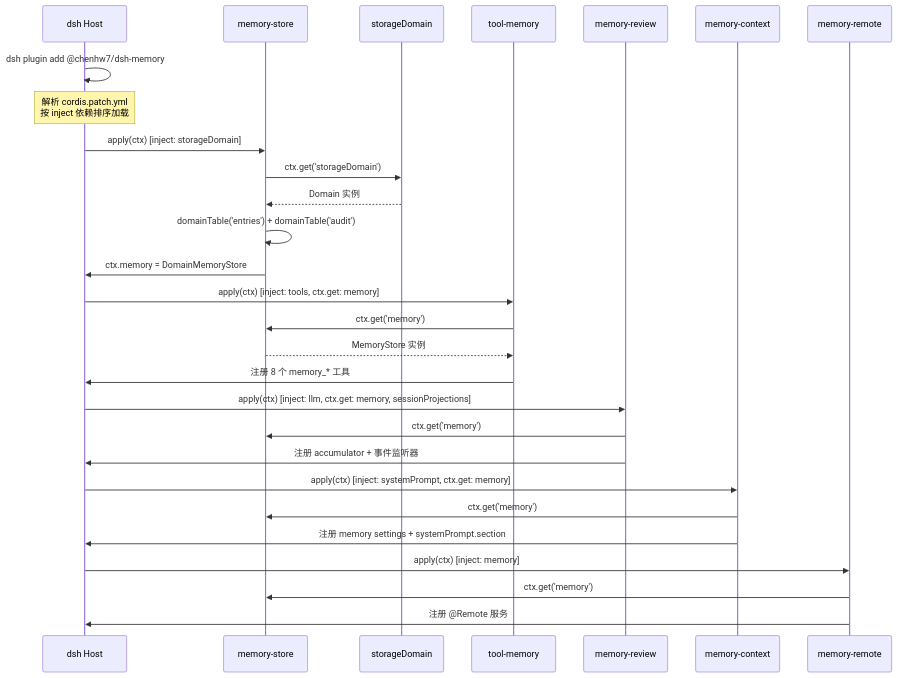
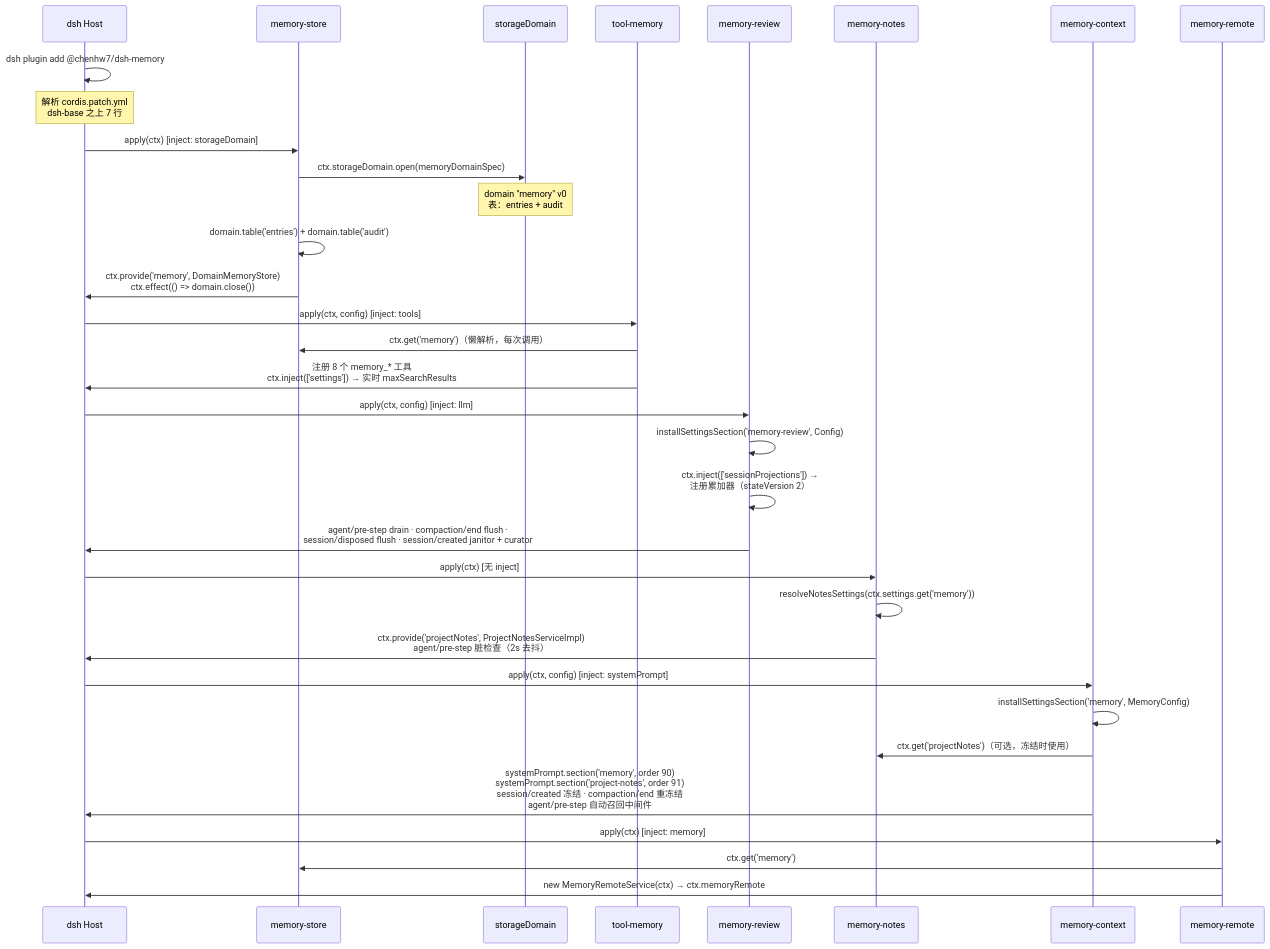
One commit to chenhw7/dsh-memory changed the first of 14 diagrams in docs/SEQUENCE_DIAGRAMS.zh-CN.md. Above: the diagram before and after it, drawn with Mermaid. The commit also changed other lines of this file and 5 other files, not shown here.

First line of the commit message:
docs: sync README / TECH_DESIGN / SEQUENCE_DIAGRAMS with the v0.3.0 implementation

````diff
--- a/docs/SEQUENCE_DIAGRAMS.zh-CN.md
+++ b/docs/SEQUENCE_DIAGRAMS.zh-CN.md
@@ -14,36 +14,42 @@
 ```mermaid
 sequenceDiagram
     participant Host as dsh Host
     participant Store as memory-store
     participant SD as storageDomain
     participant Tool as tool-memory
     participant Review as memory-review
+    participant Notes as memory-notes
     participant Context as memory-context
     participant Remote as memory-remote
 
     Host->>Host: dsh plugin add @chenhw7/dsh-memory
-    Note over Host: 解析 cordis.patch.yml<br/>按 inject 依赖排序加载
+    Note over Host: 解析 cordis.patch.yml<br/>dsh-base 之上 7 行
 
     Host->>Store: apply(ctx) [inject: storageDomain]
-    Store->>SD: ctx.get('storageDomain')
-    SD-->>Store: Domain 实例
-    Store->>Store: domainTable('entries') + domainTable('audit')
-    Store->>Host: ctx.memory = DomainMemoryStore
+    Store->>SD: ctx.storageDomain.open(memoryDomainSpec)
+    Note over SD: domain "memory" v0<br/>表：entries + audit
+    Store->>Store: domain.table('entries') + domain.table('audit')
+    Store->>Host: ctx.provide('memory', DomainMemoryStore)<br/>ctx.effect(() => domain.close())
 
-    Host->>Tool: apply(ctx) [inject: tools, ctx.get: memory]
-    Tool->>Store: ctx.get('memory')
-    Store-->>Tool: MemoryStore 实例
-    Tool->>Host: 注册 8 个 memory_* 工具
+    Host->>Tool: apply(ctx, config) [inject: tools]
+    Tool->>Store: ctx.get('memory')（懒解析，每次调用）
+    Tool->>Host: 注册 8 个 memory_* 工具<br/>ctx.inject(['settings']) → 实时 maxSearchResults
 
-    Host->>Review: apply(ctx) [inject: llm, ctx.get: memory, sessionProjections]
-    Review->>Store: ctx.get('memory')
-    Review->>Host: 注册 accumulator + 事件监听器
+    Host->>Review: apply(ctx, config) [inject: llm]
+    Review->>Review: installSettingsSection('memory-review', Config)
+    Review->>Review: ctx.inject(['sessionProjections']) →<br/>注册累加器（stateVersion 2）
+    Review->>Host: agent/pre-step drain · compaction/end flush ·<br/>session/disposed flush · session/created janitor + curator
 
-    Host->>Context: apply(ctx) [inject: systemPrompt, ctx.get: memory]
-    Context->>Store: ctx.get('memory')
-    Context->>Host: 注册 memory settings + systemPrompt.section
+    Host->>Notes: apply(ctx) [无 inject]
+    Notes->>Notes: resolveNotesSettings(ctx.settings.get('memory'))
+    Notes->>Host: ctx.provide('projectNotes', ProjectNotesServiceImpl)<br/>agent/pre-step 脏检查（2s 去抖）
+
+    Host->>Context: apply(ctx, config) [inject: systemPrompt]
+    Context->>Context: installSettingsSection('memory', MemoryConfig)
+    Context->>Notes: ctx.get('projectNotes')（可选，冻结时使用）
+    Context->>Host: systemPrompt.section('memory', order 90)<br/>systemPrompt.section('project-notes', order 91)<br/>session/created 冻结 · compaction/end 重冻结<br/>agent/pre-step 自动召回中间件
 
     Host->>Remote: apply(ctx) [inject: memory]
     Remote->>Store: ctx.get('memory')
-    Remote->>Host: 注册 @Remote 服务
+    Remote->>Host: new MemoryRemoteService(ctx) → ctx.memoryRemote
 ```
````
